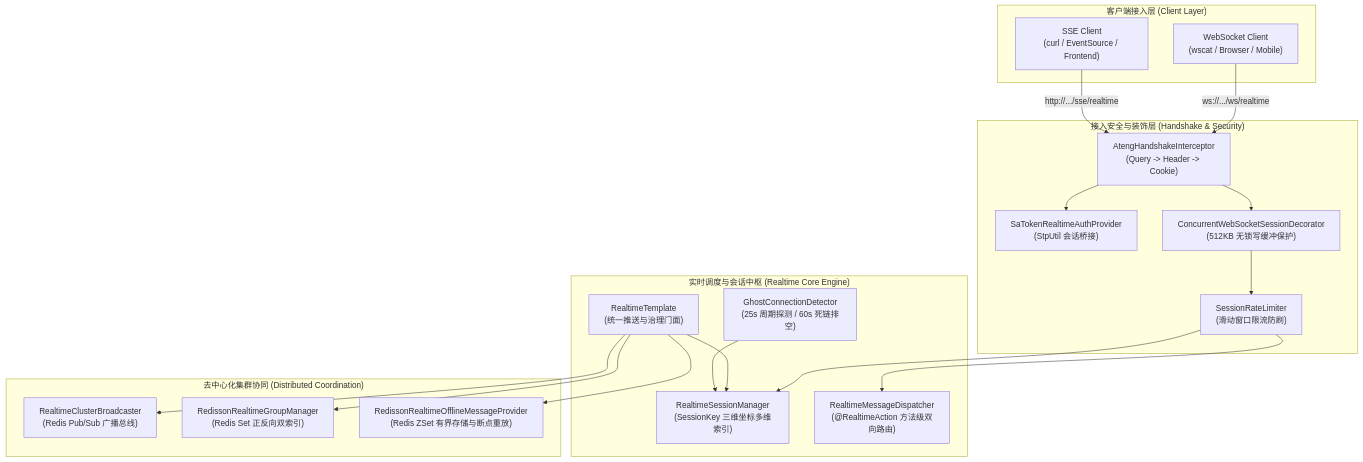
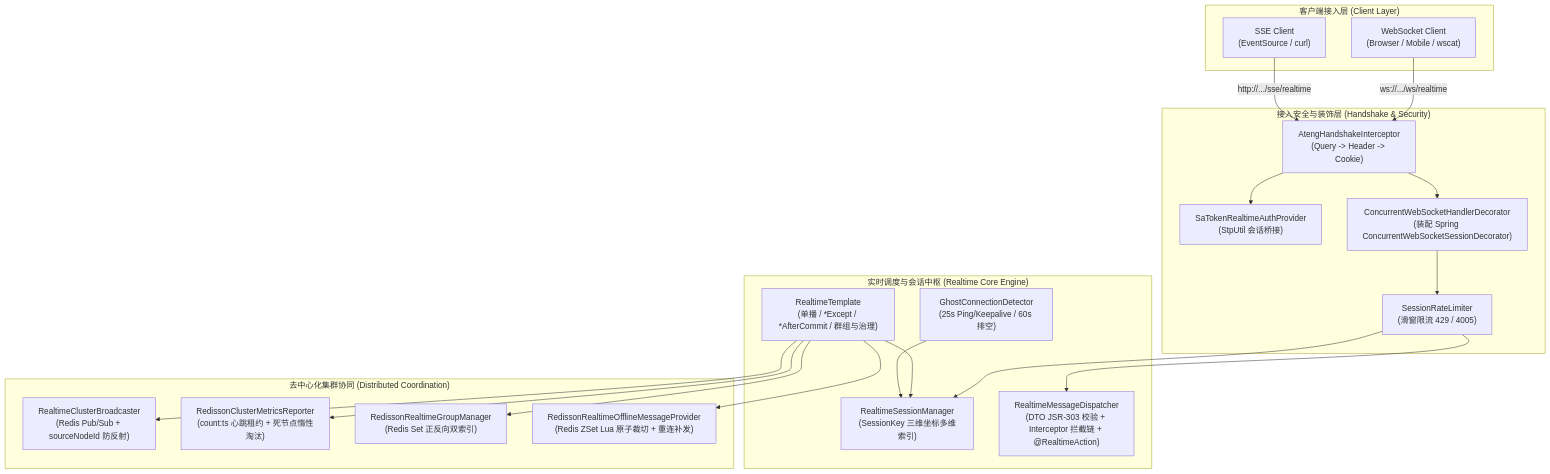
One commit to atengk/ateng-boot changed the diagram in ateng-boot-realtime/README.md. Above: the diagram before and after it, drawn with Mermaid. The commit also changed other lines of this file and 4 other files, not shown here.

````diff
--- a/ateng-boot-realtime/README.md
+++ b/ateng-boot-realtime/README.md
@@ -99,40 +134,42 @@
 ```mermaid
 flowchart TD
     subgraph ClientLayer["客户端接入层 (Client Layer)"]
-        WSClient["WebSocket Client<br>(wscat / Browser / Mobile)"]
-        SSEClient["SSE Client<br>(curl / EventSource / Frontend)"]
+        WSClient["WebSocket Client<br>(Browser / Mobile / wscat)"]
+        SSEClient["SSE Client<br>(EventSource / curl)"]
     end
 
     subgraph SecurityLayer["接入安全与装饰层 (Handshake & Security)"]
         Handshake["AtengHandshakeInterceptor<br>(Query -> Header -> Cookie)"]
         AuthBridge["SaTokenRealtimeAuthProvider<br>(StpUtil 会话桥接)"]
-        RateLimiter["SessionRateLimiter<br>(滑动窗口限流防刷)"]
-        Decorator["ConcurrentWebSocketSessionDecorator<br>(512KB 无锁写缓冲保护)"]
+        RateLimiter["SessionRateLimiter<br>(滑窗限流 429 / 4005)"]
+        HandlerDeco["ConcurrentWebSocketHandlerDecorator<br>(装配 Spring ConcurrentWebSocketSessionDecorator)"]
     end
 
     subgraph CoreEngine["实时调度与会话中枢 (Realtime Core Engine)"]
         SessionMgr["RealtimeSessionManager<br>(SessionKey 三维坐标多维索引)"]
-        Dispatcher["RealtimeMessageDispatcher<br>(@RealtimeAction 方法级双向路由)"]
-        Template["RealtimeTemplate<br>(统一推送与治理门面)"]
-        GhostDetector["GhostConnectionDetector<br>(25s 周期探测 / 60s 死链排空)"]
+        Dispatcher["RealtimeMessageDispatcher<br>(DTO JSR-303 校验 + Interceptor 拦截链 + @RealtimeAction)"]
+        Template["RealtimeTemplate<br>(单播 / *Except / *AfterCommit / 群组与治理)"]
+        GhostDetector["GhostConnectionDetector<br>(25s Ping/Keepalive / 60s 排空)"]
     end
 
     subgraph DistributedLayer["去中心化集群协同 (Distributed Coordination)"]
-        PubSubBus["RealtimeClusterBroadcaster<br>(Redis Pub/Sub 广播总线)"]
+        PubSubBus["RealtimeClusterBroadcaster<br>(Redis Pub/Sub + sourceNodeId 防反射)"]
+        Metrics["RedissonClusterMetricsReporter<br>(count:ts 心跳租约 + 死节点惰性淘汰)"]
         GroupMgr["RedissonRealtimeGroupManager<br>(Redis Set 正反向双索引)"]
-        OfflineStore["RedissonRealtimeOfflineMessageProvider<br>(Redis ZSet 有界存储与断点重放)"]
+        OfflineStore["RedissonRealtimeOfflineMessageProvider<br>(Redis ZSet Lua 原子裁切 + 重连补发)"]
     end
 
     WSClient -->|ws://.../ws/realtime| Handshake
     SSEClient -->|http://.../sse/realtime| Handshake
     Handshake --> AuthBridge
-    Handshake --> Decorator
-    Decorator --> RateLimiter
+    Handshake --> HandlerDeco
+    HandlerDeco --> RateLimiter
     RateLimiter --> SessionMgr
     RateLimiter --> Dispatcher
     Template --> SessionMgr
     Template --> PubSubBus
+    Template --> Metrics
     Template --> GroupMgr
     Template --> OfflineStore
     GhostDetector --> SessionMgr
 ```
````
